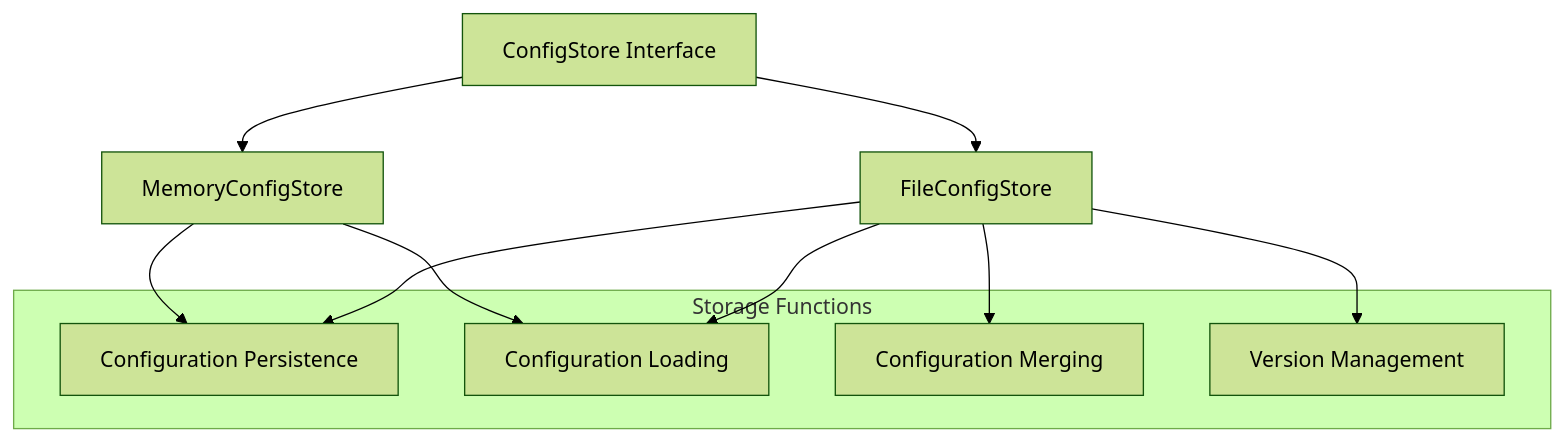
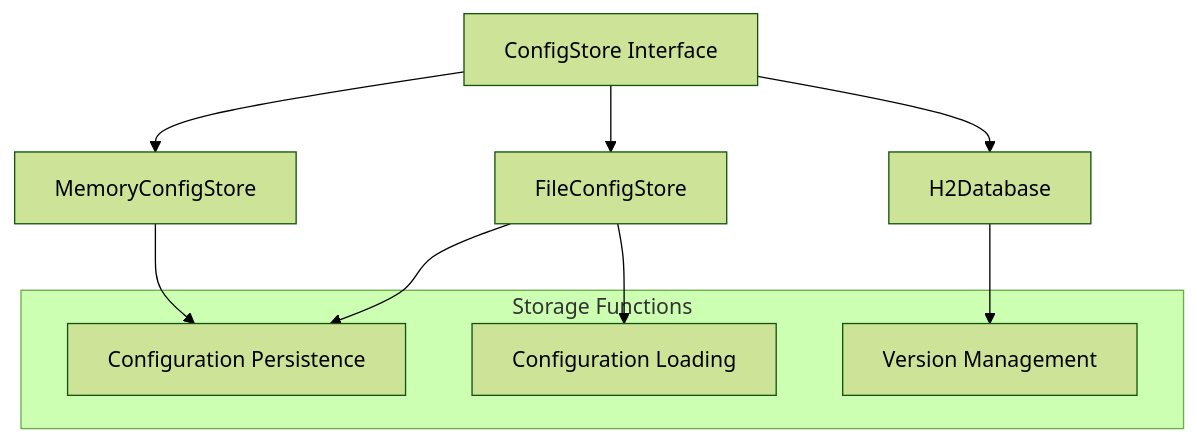
The eighth of 8 diagrams in docs/en/development/architecture.md (Lincoln-cn/JAiRouter), drawn with Mermaid (forest theme) before and after one commit. The commit also changed other lines of this file and 15 other files, not shown here.

````diff
--- a/docs/en/development/architecture.md
+++ b/docs/en/development/architecture.md
@@ -219,19 +221,17 @@
 ```mermaid
 graph TB
     A[ConfigStore Interface] --> B[MemoryConfigStore]
     A --> C[FileConfigStore]
-    
+    A --> D[H2Database]
+
     subgraph "Storage Functions"
-        D[Configuration Persistence]
-        E[Configuration Loading]
-        F[Configuration Merging]
+        E[Configuration Persistence]
+        F[Configuration Loading]
         G[Version Management]
     end
-    
-    B --> D
+
     B --> E
-    C --> D
     C --> E
     C --> F
-    C --> G
+    D --> G
 ```
````
